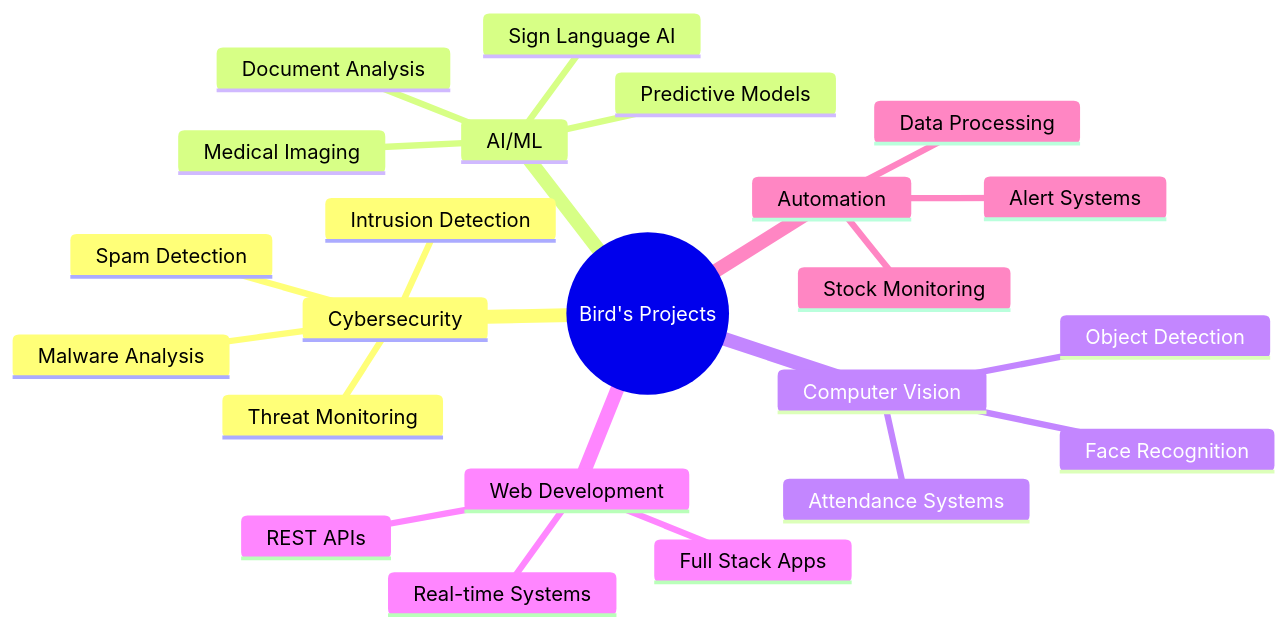
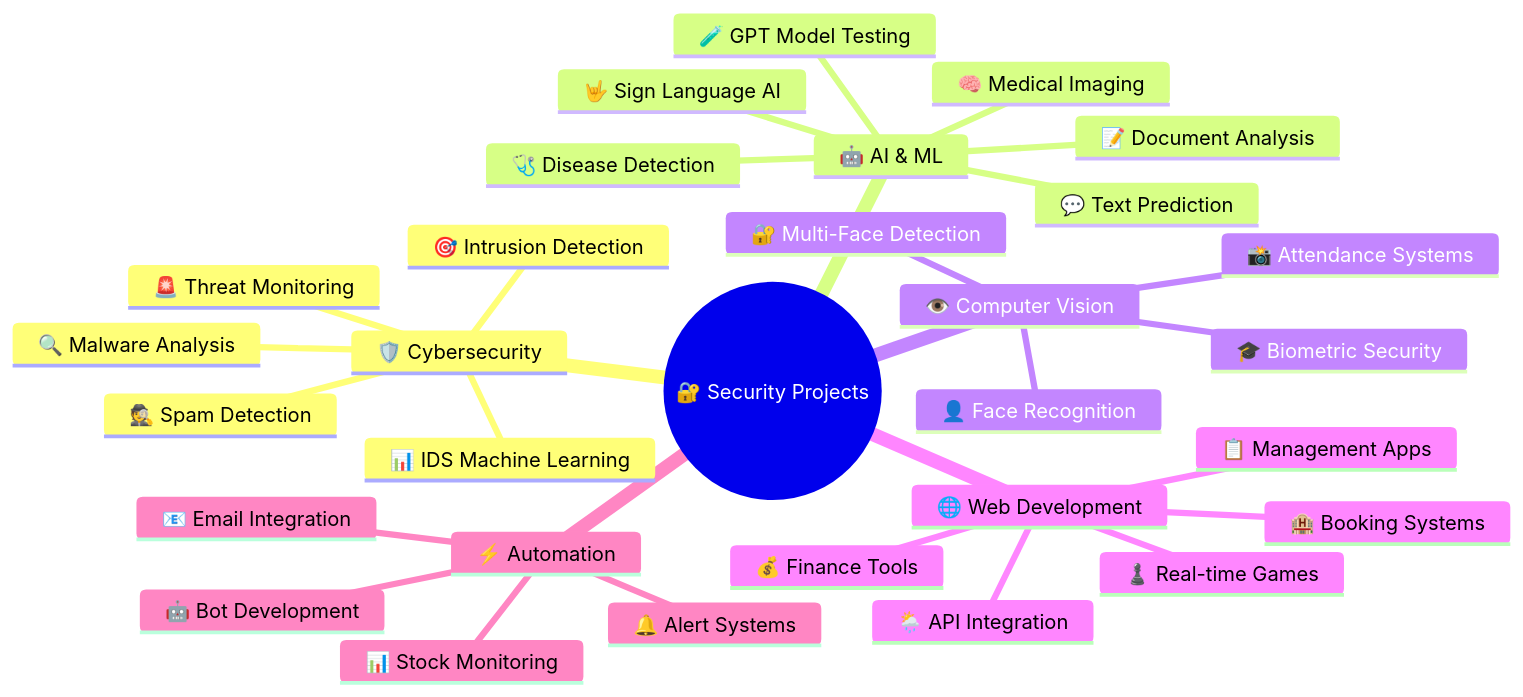
One commit to ubvc04/ubvc04 changed the diagram in README.md. Above: the diagram before and after it, drawn with Mermaid. The commit also changed other lines of this file, not shown here.

````diff
--- a/README.md
+++ b/README.md
@@ -282,26 +320,33 @@
 ```mermaid
 mindmap
-  root((Bird's Projects))
-    Cybersecurity
-      Intrusion Detection
-      Threat Monitoring
-      Malware Analysis
-      Spam Detection
-    AI/ML
-      Medical Imaging
-      Sign Language AI
-      Document Analysis
-      Predictive Models
-    Computer Vision
-      Face Recognition
-      Attendance Systems
-      Object Detection
-    Web Development
-      Full Stack Apps
-      Real-time Systems
-      REST APIs
-    Automation
-      Stock Monitoring
-      Alert Systems
-      Data Processing
+  root((🔐 Security Projects))
+    🛡️ Cybersecurity
+      🎯 Intrusion Detection
+      🚨 Threat Monitoring
+      🔍 Malware Analysis
+      🕵️ Spam Detection
+      📊 IDS Machine Learning
+    🤖 AI & ML
+      🧠 Medical Imaging
+      🩺 Disease Detection
+      🤟 Sign Language AI
+      📝 Document Analysis
+      💬 Text Prediction
+      🧪 GPT Model Testing
+    👁️ Computer Vision
+      👤 Face Recognition
+      📸 Attendance Systems
+      🎓 Biometric Security
+      🔐 Multi-Face Detection
+    🌐 Web Development
+      ♟️ Real-time Games
+      🏨 Booking Systems
+      📋 Management Apps
+      🌦️ API Integration
+      💰 Finance Tools
+    ⚡ Automation
+      📊 Stock Monitoring
+      🔔 Alert Systems
+      📧 Email Integration
+      🤖 Bot Development
 ```
````
